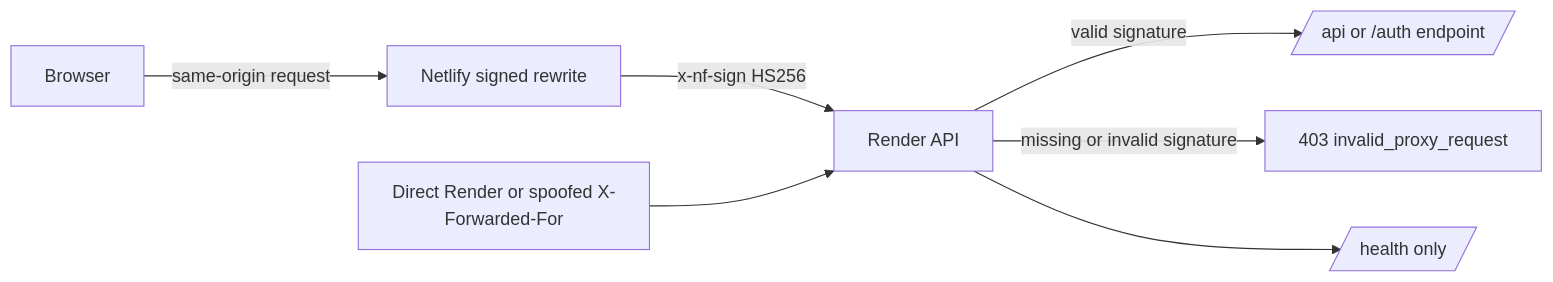
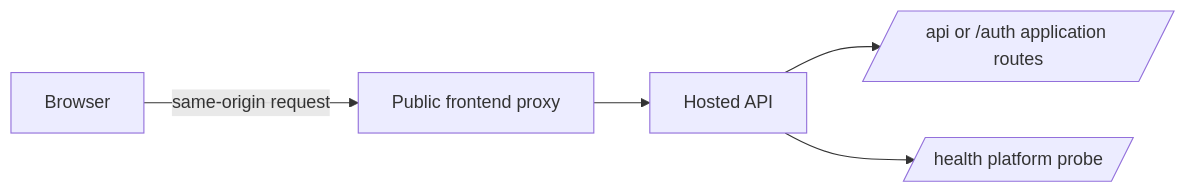
Before and after one commit to VCinthia/Astronomy-Picture-Explorer: diagram 11 of 11 in docs/architecture/p3-flow-overview.md, drawn with Mermaid. The commit also changed other lines of this file and 13 other files, not shown here.

````diff
--- a/docs/architecture/p3-flow-overview.md
+++ b/docs/architecture/p3-flow-overview.md
@@ -498,9 +499,7 @@
 ```mermaid
 flowchart LR
-    B[Browser] -->|same-origin request| N[Netlify signed rewrite]
-    N -->|x-nf-sign HS256| R[Render API]
-    X[Direct Render or spoofed X-Forwarded-For] --> R
-    R -->|valid signature| A[/api or /auth endpoint/]
-    R -->|missing or invalid signature| F[403 invalid_proxy_request]
-    R --> H[/health only/]
+    B[Browser] -->|same-origin request| N[Public frontend proxy]
+    N --> R[Hosted API]
+    R --> A[/api or /auth application routes/]
+    R --> H[/health platform probe/]
 ```
````
